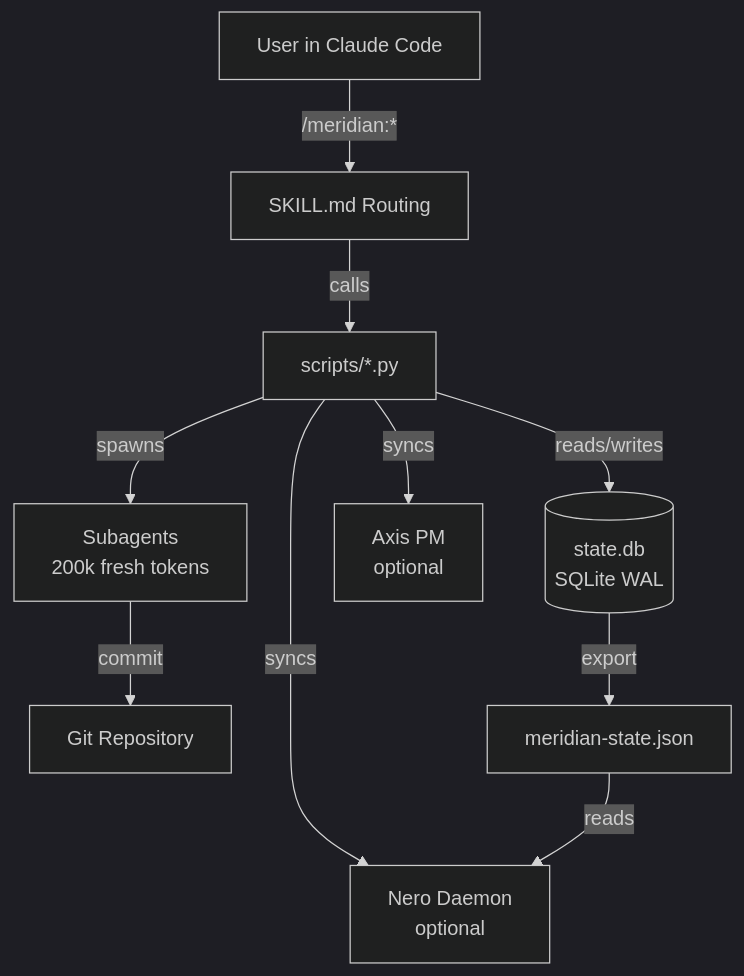
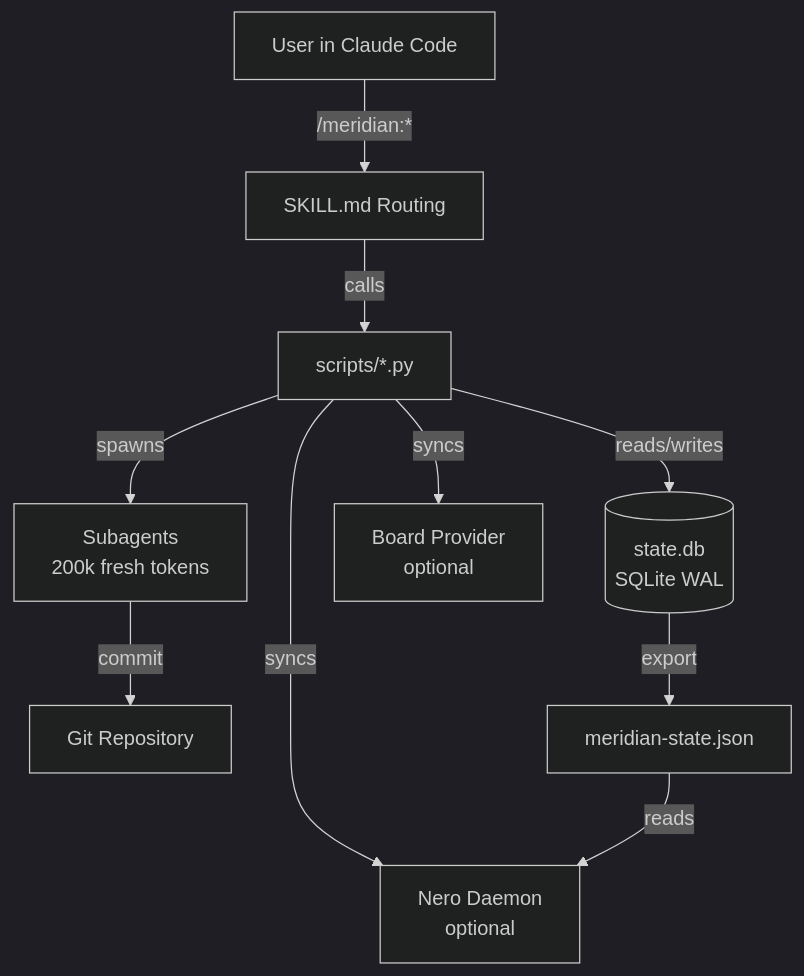
Before and after one commit to mattjaikaran/meridian: the first of 9 diagrams in docs/architecture.md, drawn with Mermaid (dark theme). The commit also changed other lines of this file and 8 other files, not shown here.

````diff
--- a/docs/architecture.md
+++ b/docs/architecture.md
@@ -15,12 +15,12 @@
 ```mermaid
 graph TB
     User[User in Claude Code] -->|/meridian:*| Skills[SKILL.md Routing]
     Skills -->|calls| Scripts[scripts/*.py]
     Scripts -->|reads/writes| DB[(state.db<br>SQLite WAL)]
     Scripts -->|spawns| Agents[Subagents<br>200k fresh tokens]
     Scripts -->|syncs| Nero[Nero Daemon<br>optional]
-    Scripts -->|syncs| Axis[Axis PM<br>optional]
+    Scripts -->|syncs| Board[Board Provider<br>optional]
     Agents -->|commit| Git[Git Repository]
     DB -->|export| JSON[meridian-state.json]
     JSON -->|reads| Nero
 ```
````
